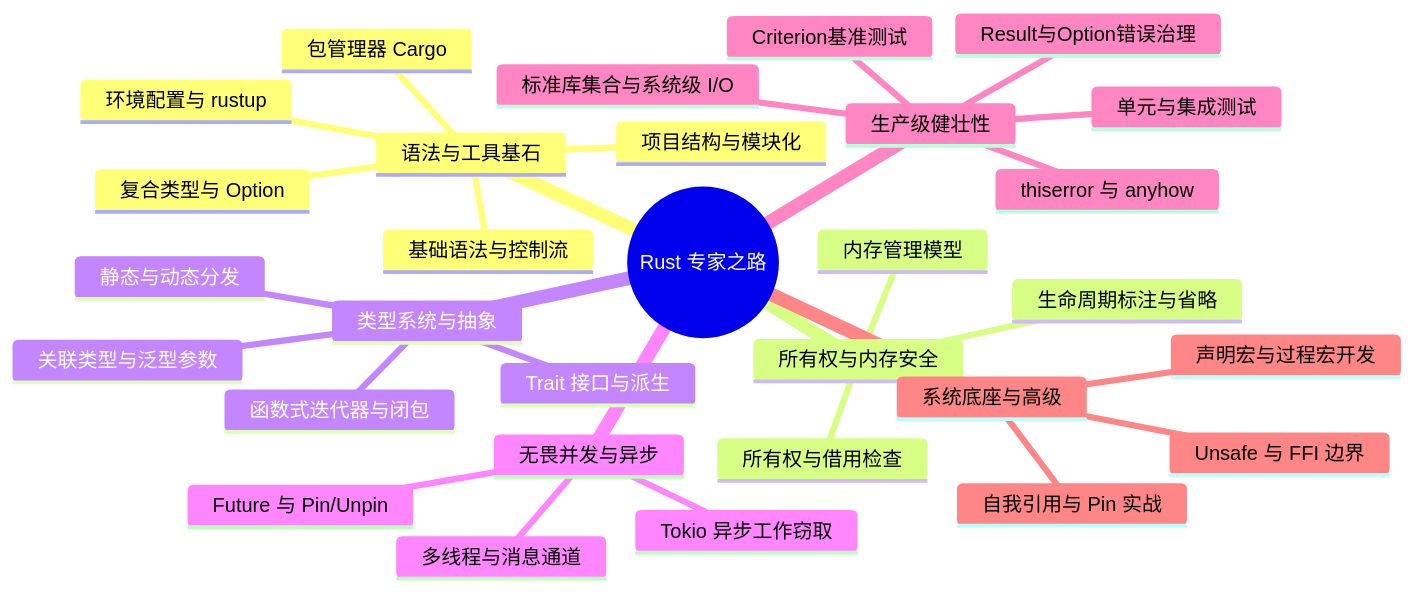
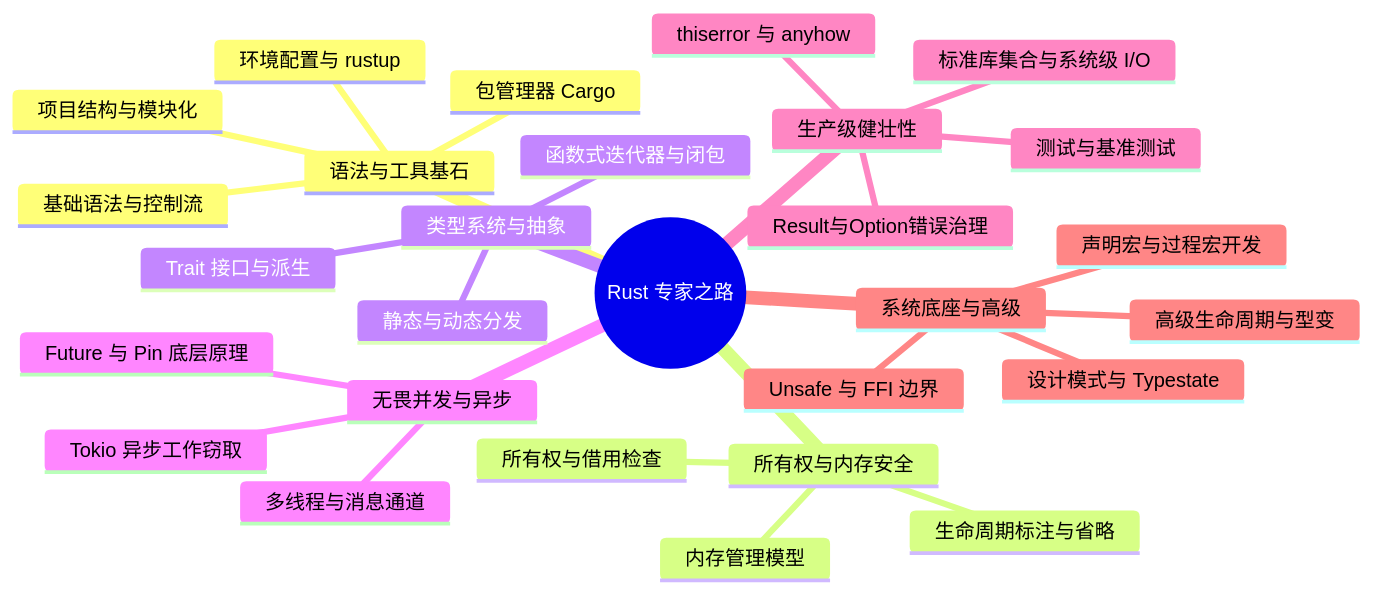
One commit to Aiden-Coding/AiDocs changed the diagram in docs/rust/readme.md. Above: the diagram before and after it, drawn with Mermaid. The commit also changed other lines of this file and 3 other files, not shown here.

````diff
--- a/docs/rust/readme.md
+++ b/docs/rust/readme.md
@@ -17,33 +17,31 @@
 ```mermaid
 mindmap
   root((Rust 专家之路))
     语法与工具基石
       环境配置与 rustup
       包管理器 Cargo
       基础语法与控制流
-      复合类型与 Option
       项目结构与模块化
     所有权与内存安全
       内存管理模型
       所有权与借用检查
       生命周期标注与省略
     类型系统与抽象
       Trait 接口与派生
-      关联类型与泛型参数
       静态与动态分发
       函数式迭代器与闭包
     无畏并发与异步
       多线程与消息通道
       Tokio 异步工作窃取
-      Future 与 Pin/Unpin
+      Future 与 Pin 底层原理
     生产级健壮性
       Result与Option错误治理
       thiserror 与 anyhow
       标准库集合与系统级 I/O
-      单元与集成测试
-      Criterion基准测试
+      测试与基准测试
     系统底座与高级
       Unsafe 与 FFI 边界
       声明宏与过程宏开发
-      自我引用与 Pin 实战
+      高级生命周期与型变
+      设计模式与 Typestate
 ```
````
